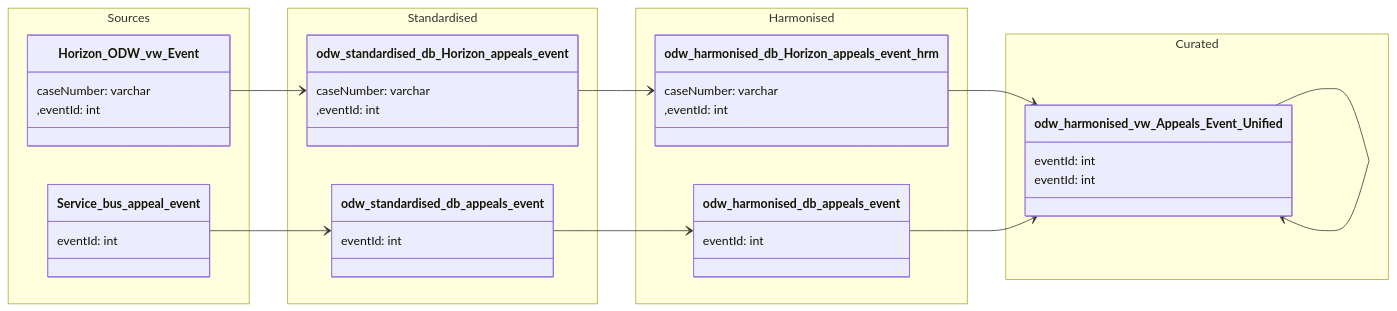
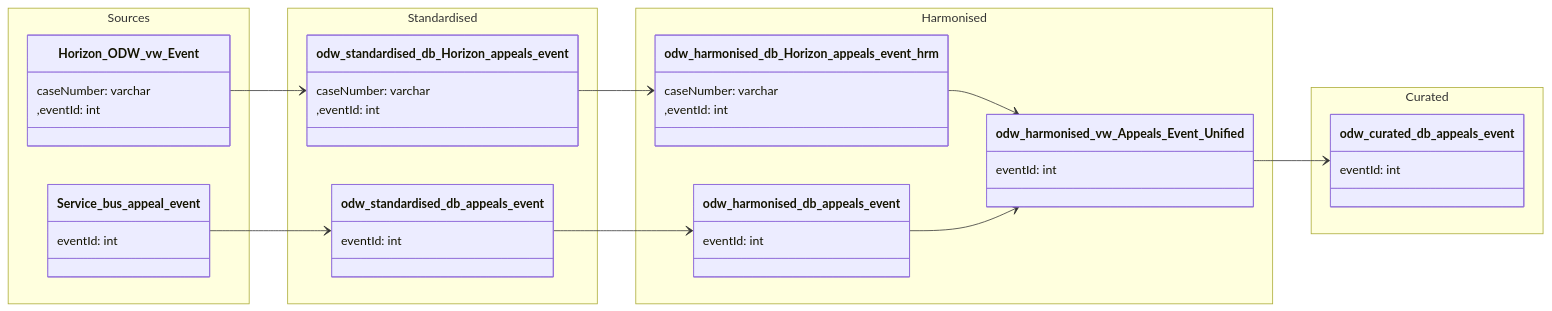
The diagram in data-models/appeal-event.md (Planning-Inspectorate/ODW-Service), drawn with Mermaid before and after one commit.

````diff
--- a/data-models/appeal-event.md
+++ b/data-models/appeal-event.md
@@ -7,66 +7,66 @@
 ```mermaid
 
 classDiagram
 
     direction LR
 
     namespace Sources {
 
         class Horizon_ODW_vw_Event {
             caseNumber: varchar
             ,eventId: int
         }
 
         class Service_bus_appeal_event  {
             eventId: int
         }
     }
 
     namespace Standardised {
 
         class odw_standardised_db_Horizon_appeals_event {
             caseNumber: varchar
             ,eventId: int
         }
 
         class odw_standardised_db_appeals_event  {
             eventId: int
         }
     }
 
     namespace Harmonised {
 
         class odw_harmonised_db_Horizon_appeals_event_hrm {
             caseNumber: varchar
             ,eventId: int
         }
 
         class odw_harmonised_db_appeals_event  {
             eventId: int
         }
 
         class odw_harmonised_vw_Appeals_Event_Unified  {
             eventId: int
         }
     }
 
     namespace Curated {
 
-        class odw_harmonised_vw_Appeals_Event_Unified {
+        class odw_curated_db_appeals_event {
             eventId: int
         }
     }
 
 `Horizon_ODW_vw_Event` --> `odw_standardised_db_Horizon_appeals_event`
 `Service_bus_appeal_event` --> `odw_standardised_db_appeals_event`
 
 `odw_standardised_db_Horizon_appeals_event` --> `odw_harmonised_db_Horizon_appeals_event_hrm` 
 `odw_standardised_db_appeals_event` --> `odw_harmonised_db_appeals_event`
 
 
 
 `odw_harmonised_db_Horizon_appeals_event_hrm` --> `odw_harmonised_vw_Appeals_Event_Unified`
 `odw_harmonised_db_appeals_event` --> `odw_harmonised_vw_Appeals_Event_Unified`
-`odw_harmonised_vw_Appeals_Event_Unified` --> `odw_harmonised_vw_Appeals_Event_Unified`
+`odw_harmonised_vw_Appeals_Event_Unified` --> `odw_curated_db_appeals_event`
 
 ```
````
